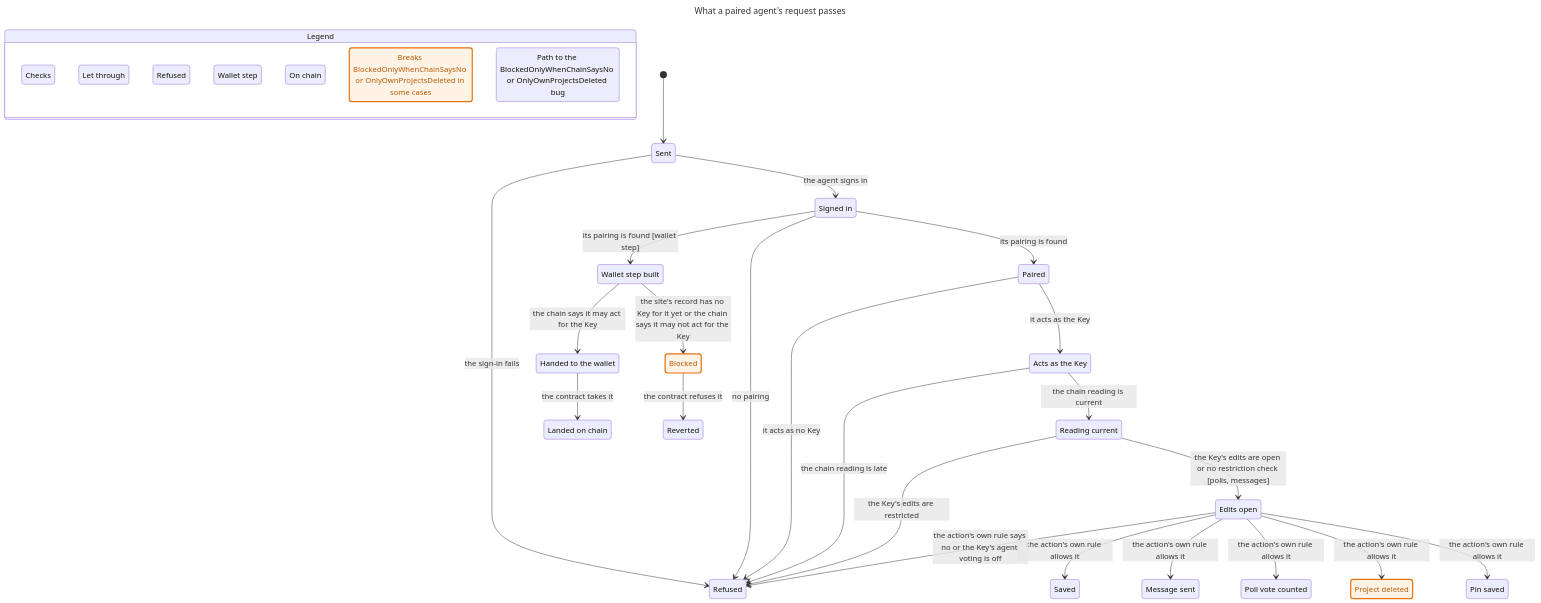
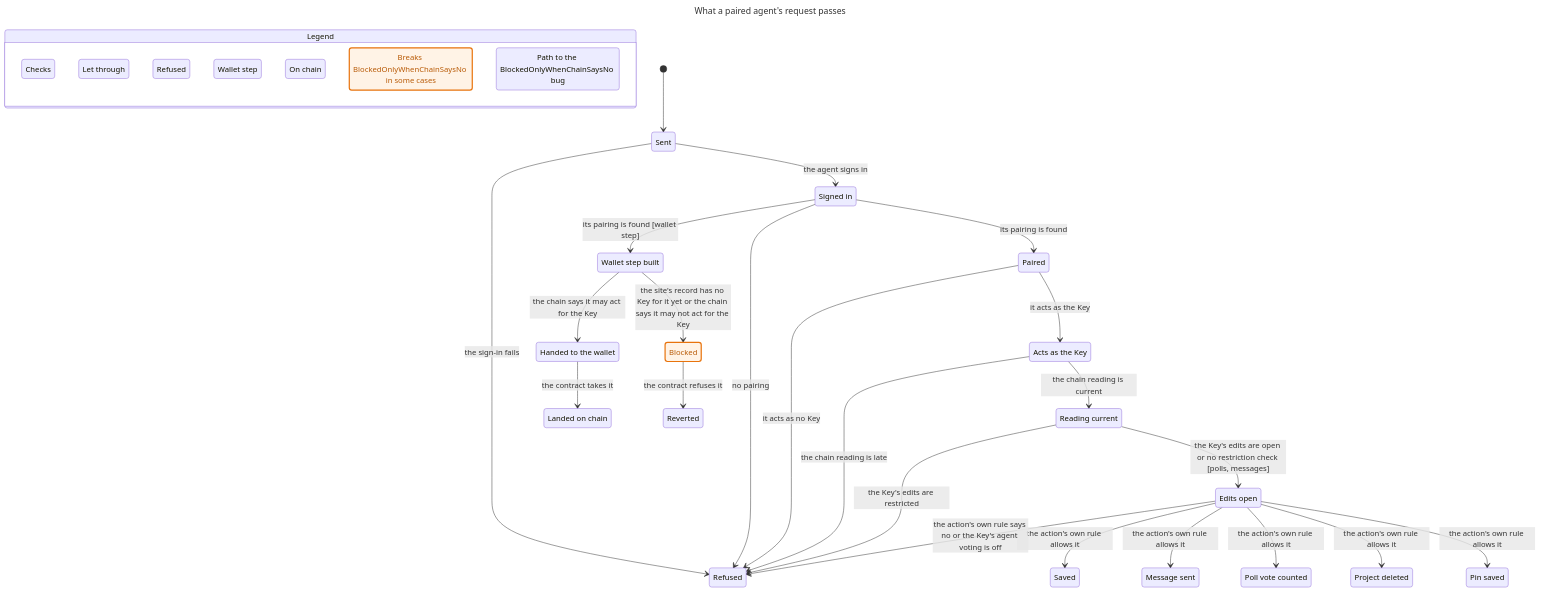
Before and after one commit to regents-ai/keyfleet: the diagram in verification/formal/guards/chart.mmd, drawn with Mermaid. The commit also changed 29 other files, not shown here.

```diff
--- a/verification/formal/guards/chart.mmd
+++ b/verification/formal/guards/chart.mmd
@@ -1,88 +1,82 @@
 ---
 title: "What a paired agent's request passes"
 ---
 stateDiagram-v2
   state "Legend" as legend {
     lg0: Checks
     lg1: Let through
     lg2: Refused
     lg3: Wallet step
     lg4: On chain
-    lg5: Breaks BlockedOnlyWhenChainSaysNo or OnlyOwnProjectsDeleted in some cases
-    lg6: Path to the BlockedOnlyWhenChainSaysNo or OnlyOwnProjectsDeleted bug
+    lg5: Breaks BlockedOnlyWhenChainSaysNo in some cases
+    lg6: Path to the BlockedOnlyWhenChainSaysNo bug
   }
   class lg0 blue
   class lg1 teal
   class lg2 pink
   class lg3 yellow
   class lg4 tan
   class lg5 mayBreak
   class lg6 bugPath
   s0: Sent
   s1: Refused
   s2: Signed in
   s3: Wallet step built
   s4: Paired
   s5: Blocked
   s6: Handed to the wallet
   s7: Acts as the Key
   s8: Reading current
   s9: Landed on chain
   s10: Reverted
   s11: Edits open
   s12: Saved
   s13: Message sent
   s14: Project deleted
   s15: Pin saved
   s16: Poll vote counted
   [*] --> s0
   s0 --> s1: the sign-in fails
   s0 --> s2: the agent signs in
   s2 --> s3: its pairing is found [wallet step]
   s2 --> s1: no pairing
   s2 --> s4: its pairing is found
   s3 --> s5: the site's record has no Key for it yet or the chain says it may not act for the Key
   s3 --> s6: the chain says it may act for the Key
   s4 --> s1: it acts as no Key
   s4 --> s7: it acts as the Key
   s5 --> s10: the contract refuses it
   s6 --> s9: the contract takes it
   s7 --> s8: the chain reading is current
   s7 --> s1: the chain reading is late
   s8 --> s1: the Key's edits are restricted
   s8 --> s11: the Key's edits are open or no restriction check [polls, messages]
   s11 --> s12: the action's own rule allows it
   s11 --> s1: the action's own rule says no or the Key's agent voting is off
   s11 --> s13: the action's own rule allows it
   s11 --> s16: the action's own rule allows it
   s11 --> s14: the action's own rule allows it
   s11 --> s15: the action's own rule allows it
   classDef mayBreak fill:#fff3e6,stroke:#e8730c,stroke-width:2.5px,color:#b85a06
   class s0 blue
   class s0 bugPath
   class s1 pink
   class s2 blue
   class s2 bugPath
   class s3 yellow
   class s3 bugPath
   class s4 blue
-  class s4 bugPath
   class s5 yellow
   class s5 mayBreak
   class s5 bugPath
   class s6 yellow
   class s7 blue
-  class s7 bugPath
   class s8 blue
-  class s8 bugPath
   class s9 tan
   class s10 tan
   class s11 blue
-  class s11 bugPath
   class s12 teal
   class s13 teal
   class s14 teal
-  class s14 mayBreak
-  class s14 bugPath
   class s15 teal
   class s16 teal
```
